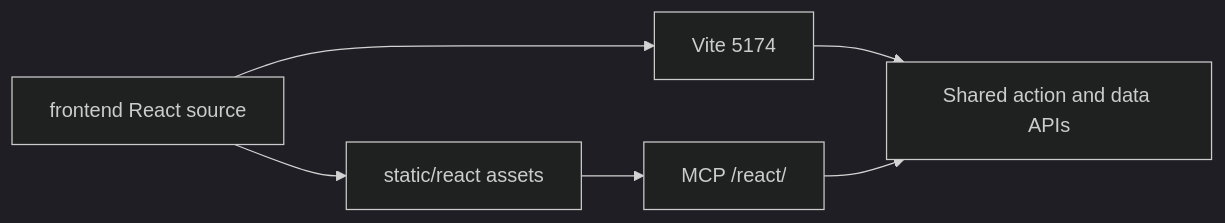
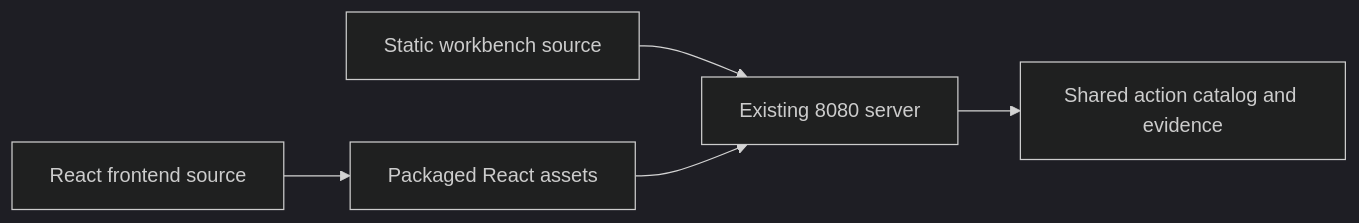
The diagram in src/agentdecompile_recovery/corpus/dashboard/frontend/README.md (bodencrouch/AgentDecompile), drawn with Mermaid (dark theme) before and after one commit. The commit also changed other lines of this file and 22 other files, not shown here.

````diff
--- a/src/agentdecompile_recovery/corpus/dashboard/frontend/README.md
+++ b/src/agentdecompile_recovery/corpus/dashboard/frontend/README.md
@@ -20,8 +23,7 @@
 ```mermaid
 flowchart LR
-  frontend[frontend React source] --> react[static/react assets]
-  frontend --> vite[Vite 5174]
-  react --> dashboard[MCP /react/]
-  vite --> api[Shared action and data APIs]
-  dashboard --> api
+  static[Static workbench source] --> server[Existing 8080 server]
+  frontend[React frontend source] --> assets[Packaged React assets]
+  assets --> server
+  server --> catalog[Shared action catalog and evidence]
 ```
````
